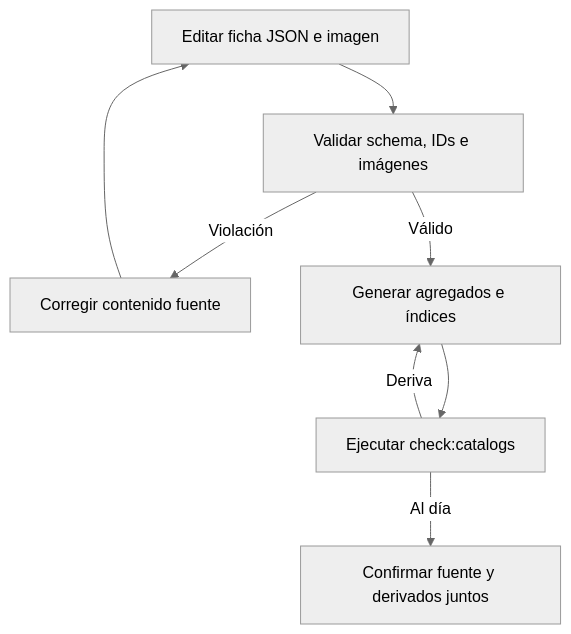
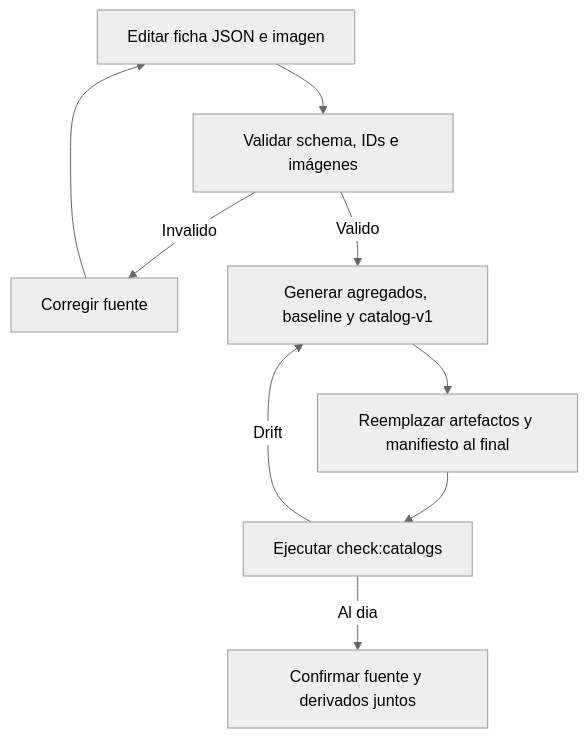
The first of 2 diagrams in openwiki/content/repositories.md (maximofn/gymnasia), drawn with Mermaid (neutral theme) before and after one commit. The commit also changed other lines of this file and 54 other files, not shown here.

````diff
--- a/openwiki/content/repositories.md
+++ b/openwiki/content/repositories.md
@@ -92,10 +90,11 @@
 ```mermaid
 flowchart TD
     Edit["Editar ficha JSON e imagen"] --> Inspect["Validar schema, IDs e imágenes"]
-    Inspect -->|"Violación"| Fix["Corregir contenido fuente"]
+    Inspect -->|"Invalido"| Fix["Corregir fuente"]
     Fix --> Edit
-    Inspect -->|"Válido"| Generate["Generar agregados e índices"]
-    Generate --> Check["Ejecutar check:catalogs"]
-    Check -->|"Deriva"| Generate
-    Check -->|"Al día"| Commit["Confirmar fuente y derivados juntos"]
+    Inspect -->|"Valido"| Derive["Generar agregados, baseline y catalog-v1"]
+    Derive --> Atomic["Reemplazar artefactos y manifiesto al final"]
+    Atomic --> Check["Ejecutar check:catalogs"]
+    Check -->|"Drift"| Derive
+    Check -->|"Al dia"| Commit["Confirmar fuente y derivados juntos"]
 ```
````
